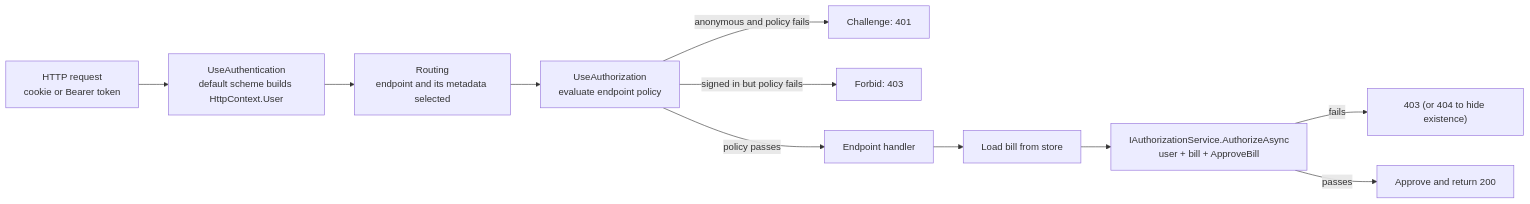
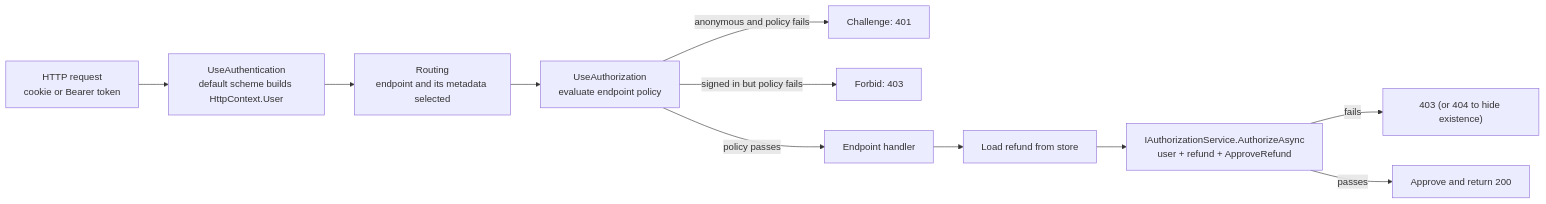
One commit to rizwi0786/system-design-lab changed the first of 3 diagrams in content/lessons/m03/m03-authn-authz.md. Above: the diagram before and after it, drawn with Mermaid. The commit also changed other lines of this file and 334 other files, not shown here.

````diff
--- a/content/lessons/m03/m03-authn-authz.md
+++ b/content/lessons/m03/m03-authn-authz.md
@@ -215,13 +215,13 @@
 ```mermaid
 flowchart LR
     R["HTTP request<br/>cookie or Bearer token"] --> AN["UseAuthentication<br/>default scheme builds HttpContext.User"]
     AN --> RT["Routing<br/>endpoint and its metadata selected"]
     RT --> AZ["UseAuthorization<br/>evaluate endpoint policy"]
     AZ -->|"anonymous and policy fails"| C401["Challenge: 401"]
     AZ -->|"signed in but policy fails"| F403["Forbid: 403"]
     AZ -->|"policy passes"| EP["Endpoint handler"]
-    EP --> LD["Load bill from store"]
-    LD --> RB["IAuthorizationService.AuthorizeAsync<br/>user + bill + ApproveBill"]
+    EP --> LD["Load refund from store"]
+    LD --> RB["IAuthorizationService.AuthorizeAsync<br/>user + refund + ApproveRefund"]
     RB -->|"fails"| F403b["403 (or 404 to hide existence)"]
     RB -->|"passes"| OK["Approve and return 200"]
 ```
````
